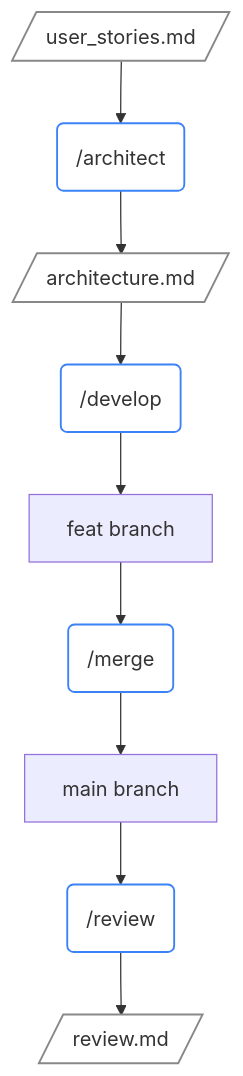
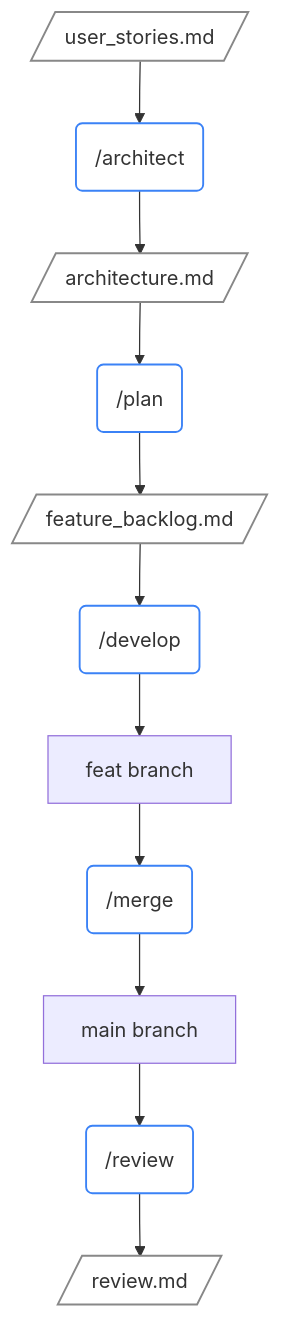
The second of 2 diagrams in README.md (sjev/robodev), drawn with Mermaid before and after one commit. The commit also changed other lines of this file and 2 other files, not shown here.

Commit message:
add planning skill

````diff
--- a/README.md
+++ b/README.md
@@ -52,13 +53,14 @@
 ```mermaid
 flowchart TD
     US[/user_stories.md/] --> ARCH("/architect") --> ARCH_DOC[/architecture.md/]
-    ARCH_DOC --> DEV("/develop") --> FEAT[feat branch]
+    ARCH_DOC --> PLAN("/plan") --> BACKLOG[/feature_backlog.md/]
+    BACKLOG --> DEV("/develop") --> FEAT[feat branch]
     FEAT --> MRG("/merge") --> MAIN[main branch]
     MAIN --> REV("/review") --> REV_DOC[/review.md/]
 
     classDef doc fill:transparent,stroke:#888,stroke-width:1.5px;
     classDef cmd fill:transparent,stroke:#3b82f6,stroke-width:1.5px;
 
-    class US,ARCH_DOC,REV_DOC doc;
-    class ARCH,DEV,MRG,REV cmd;
+    class US,ARCH_DOC,BACKLOG,REV_DOC doc;
+    class ARCH,PLAN,DEV,MRG,REV cmd;
 ```
````
